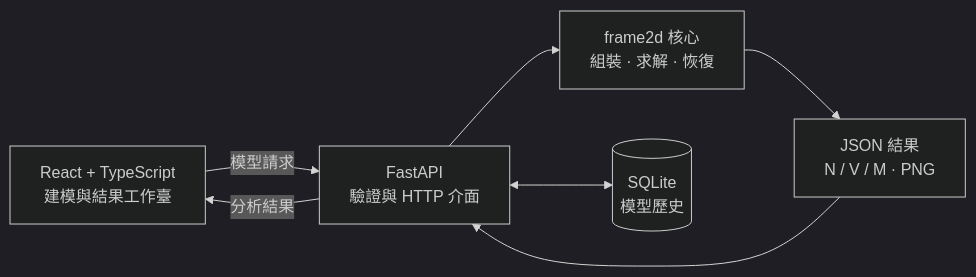
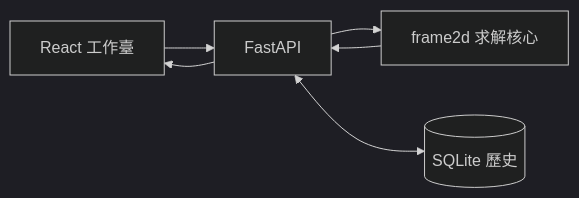
One commit to feizhang233/Frame-Studio changed the diagram in README.zh-TW.md. Above: the diagram before and after it, drawn with Mermaid (dark theme). The commit also changed other lines of this file and 14 other files, not shown here.

````diff
--- a/README.zh-TW.md
+++ b/README.zh-TW.md
@@ -32,15 +112,13 @@
 ```mermaid
 flowchart LR
-    UI["React + TypeScript<br/>建模與結果工作臺"]
-    API["FastAPI<br/>驗證與 HTTP 介面"]
-    FEM["frame2d 核心<br/>組裝 · 求解 · 恢復"]
-    OUT["JSON 結果<br/>N / V / M · PNG"]
-    DB[("SQLite<br/>模型歷史")]
+    UI["React 工作臺"]
+    API["FastAPI"]
+    FEM["frame2d 求解核心"]
+    DB[("SQLite 歷史")]
 
-    UI -->|"模型請求"| API
+    UI --> API
     API --> FEM
-    FEM --> OUT
-    OUT --> API
-    API -->|"分析結果"| UI
+    FEM --> API
+    API --> UI
     API <--> DB
 ```
````
